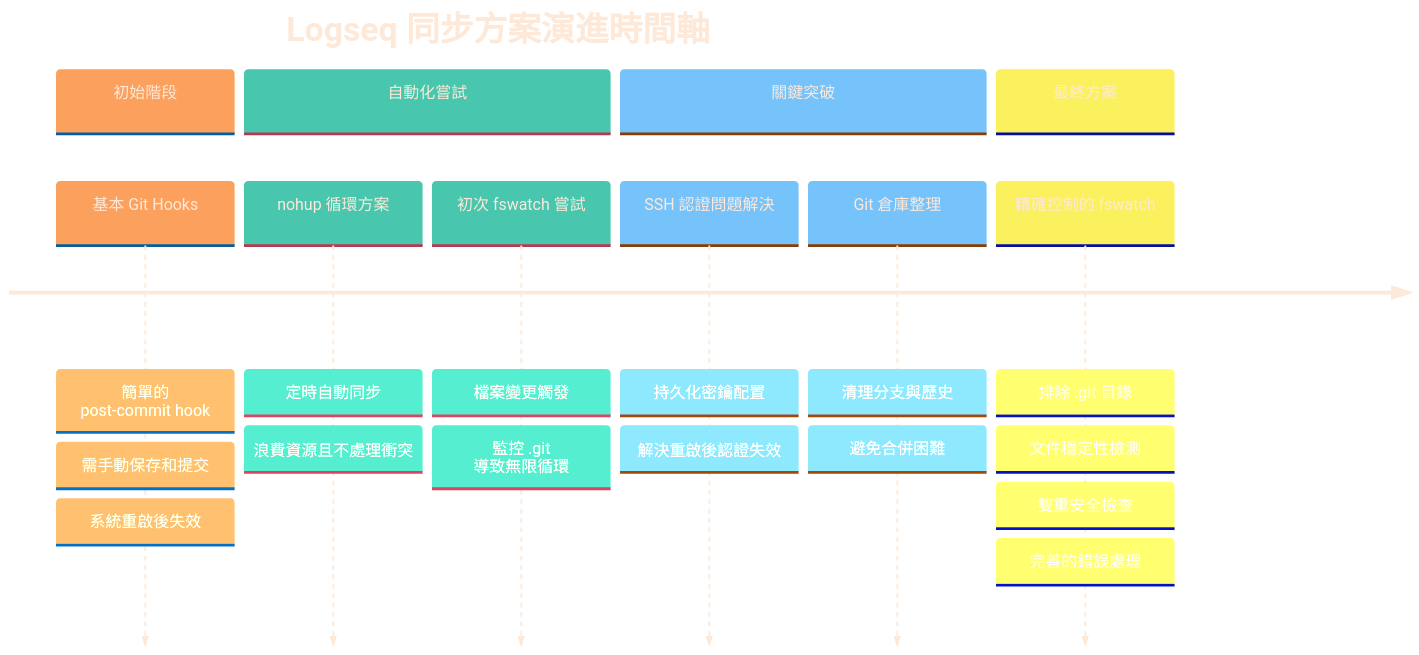
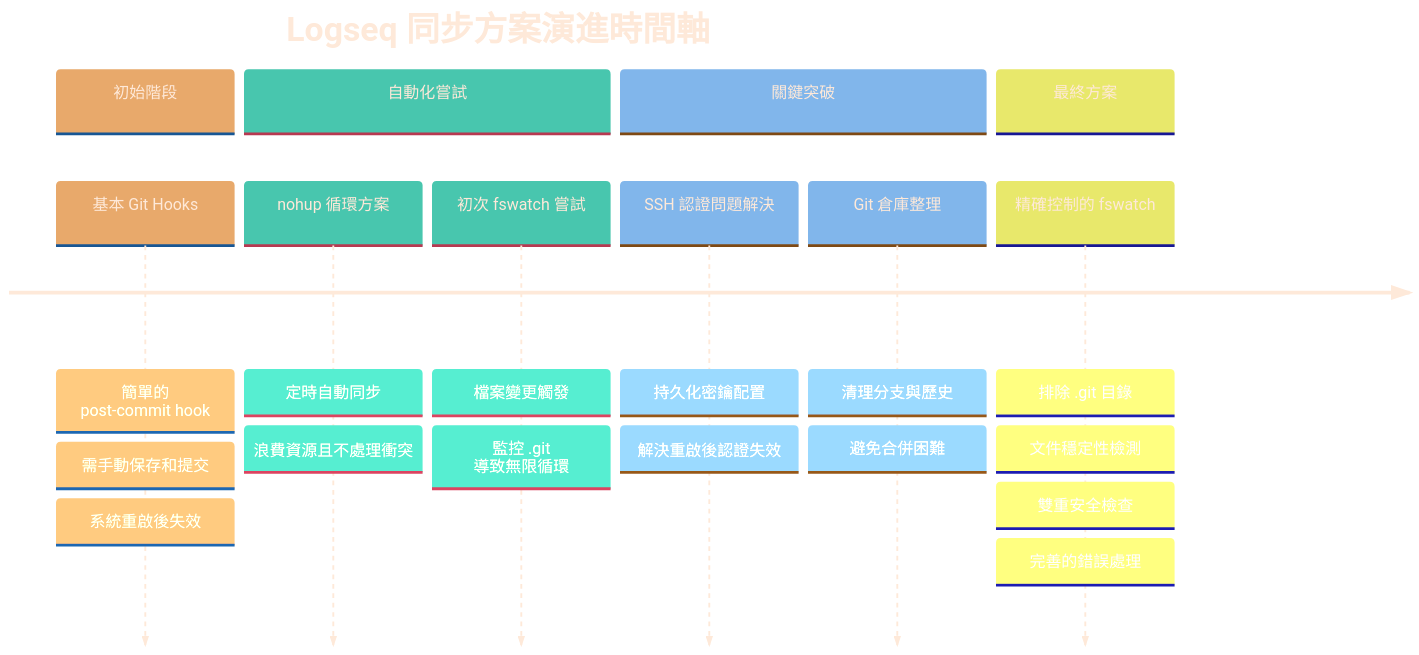
The first of 2 diagrams in Logseq同步方案演進記錄.md (GengGeng026/Sync-Logseq), drawn with Mermaid before and after one commit.

Commit message:
Auto-sync: Wed Mar 26 09:57:44 +08 2025

````diff
--- a/Logseq同步方案演進記錄.md
+++ b/Logseq同步方案演進記錄.md
@@ -24,37 +24,37 @@
 ```mermaid
 %%{init: {
   'theme': 'base', 
   'themeVariables': {
     'primaryTextColor': '#FEE9D9',
-    'primaryColor': '#FEE9D9',
+    'primaryColor': '#F9E9D9',
     'secondaryColor': '#A9E4D9',
     'primaryBorderColor': '#A9D9D9',
     'background': 'transparent',
     'clusterBkg': 'transparent',
     'fontFamily': 'default',
     'fontSize': '17px',
     'fontWeight': 'normal'
   }
 }}%%
 timeline
     title Logseq 同步方案演進時間軸
     section 初始階段
         基本 Git Hooks : 簡單的 post-commit hook
         : 需手動保存和提交
         : 系統重啟後失效
     section 自動化嘗試
         nohup 循環方案 : 定時自動同步
         : 浪費資源且不處理衝突
         初次 fswatch 嘗試 : 檔案變更觸發
         : 監控 .git 導致無限循環
     section 關鍵突破
         SSH 認證問題解決 : 持久化密鑰配置
         : 解決重啟後認證失效
         Git 倉庫整理 : 清理分支與歷史
         : 避免合併困難
     section 最終方案
         精確控制的 fswatch : 排除 .git 目錄
         : 文件穩定性檢測
         : 雙重安全檢查
         : 完善的錯誤處理
 ```
````
